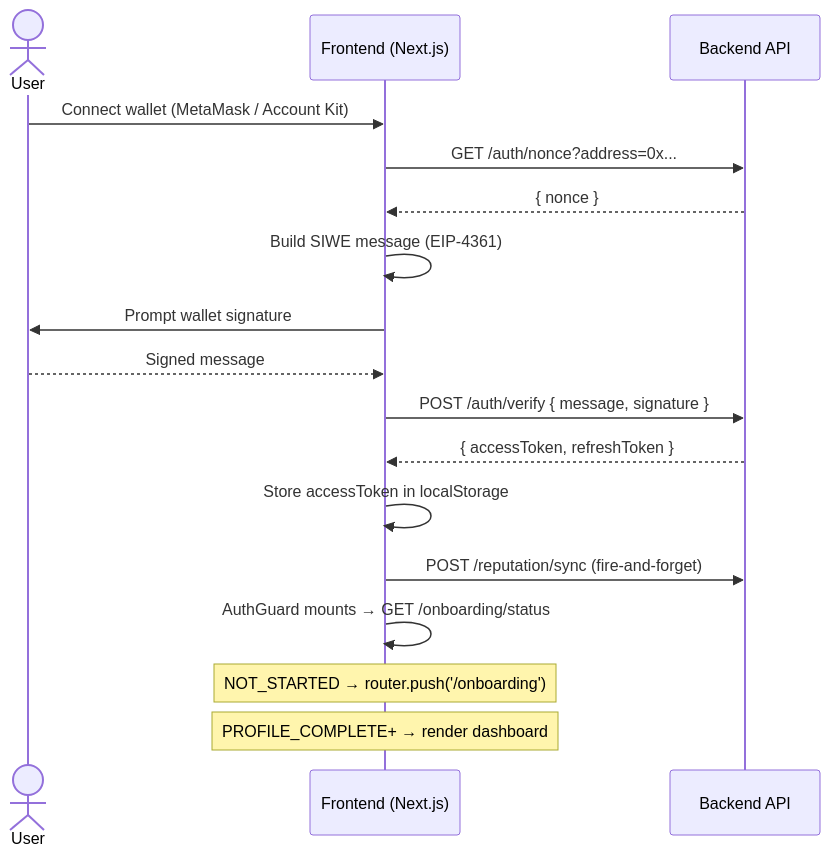
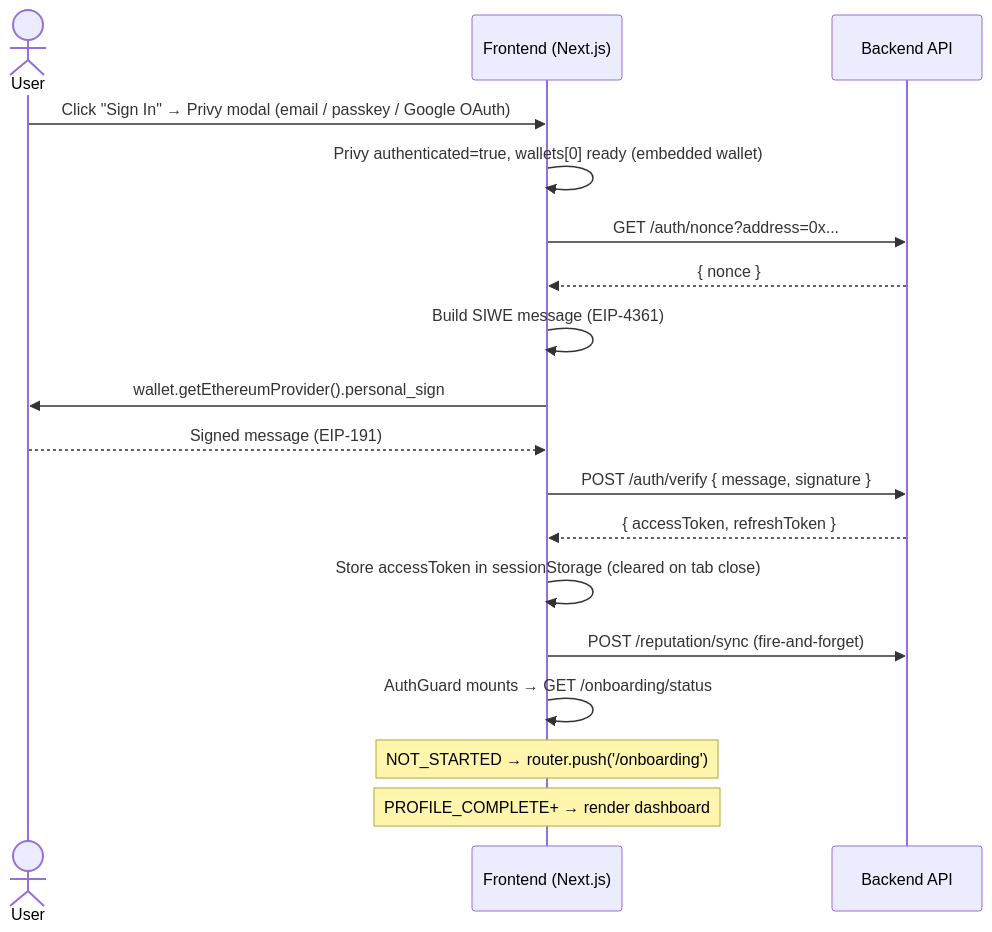
The first of 16 diagrams in SEQUENCES.md (Convexo-finance/convexo_frontend), drawn with Mermaid before and after one commit. The commit also changed 37 other files, not shown here.

First line of the commit message:
feat(auth): migrate signer/auth layer from Alchemy Account Kit to Privy (v3.26)

````diff
--- a/SEQUENCES.md
+++ b/SEQUENCES.md
@@ -10,20 +10,21 @@
 ```mermaid
 sequenceDiagram
     actor User
     participant FE as Frontend (Next.js)
     participant BE as Backend API
 
-    User->>FE: Connect wallet (MetaMask / Account Kit)
+    User->>FE: Click "Sign In" → Privy modal (email / passkey / Google OAuth)
+    FE->>FE: Privy authenticated=true, wallets[0] ready (embedded wallet)
     FE->>BE: GET /auth/nonce?address=0x...
     BE-->>FE: { nonce }
     FE->>FE: Build SIWE message (EIP-4361)
-    FE->>User: Prompt wallet signature
-    User-->>FE: Signed message
+    FE->>User: wallet.getEthereumProvider().personal_sign
+    User-->>FE: Signed message (EIP-191)
     FE->>BE: POST /auth/verify { message, signature }
     BE-->>FE: { accessToken, refreshToken }
-    FE->>FE: Store accessToken in localStorage
+    FE->>FE: Store accessToken in sessionStorage (cleared on tab close)
     FE->>BE: POST /reputation/sync (fire-and-forget)
     FE->>FE: AuthGuard mounts → GET /onboarding/status
     Note over FE: NOT_STARTED → router.push('/onboarding')
     Note over FE: PROFILE_COMPLETE+ → render dashboard
 ```
````
